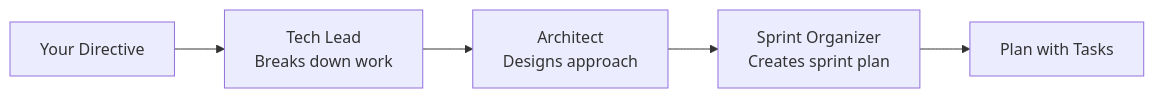
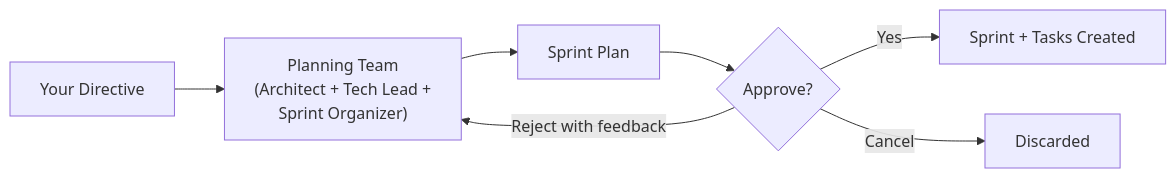
Before and after one commit to asgarovf/locusai: the second of 2 diagrams in docs/concepts/sprints.md, drawn with Mermaid. The commit also changed other lines of this file and 2 other files, not shown here.

````diff
--- a/docs/concepts/sprints.md
+++ b/docs/concepts/sprints.md
@@ -53,7 +55,9 @@
 ```mermaid
 flowchart LR
-    D["Your Directive"] --> TL["Tech Lead<br/>Breaks down work"]
-    TL --> AR["Architect<br/>Designs approach"]
-    AR --> SO["Sprint Organizer<br/>Creates sprint plan"]
-    SO --> P["Plan with Tasks"]
+    D["Your Directive"] --> P["Planning Team<br/>(Architect + Tech Lead +<br/>Sprint Organizer)"]
+    P --> SP["Sprint Plan"]
+    SP --> A{"Approve?"}
+    A -->|Yes| S["Sprint + Tasks Created"]
+    A -->|Reject with feedback| P
+    A -->|Cancel| X["Discarded"]
 ```
````
